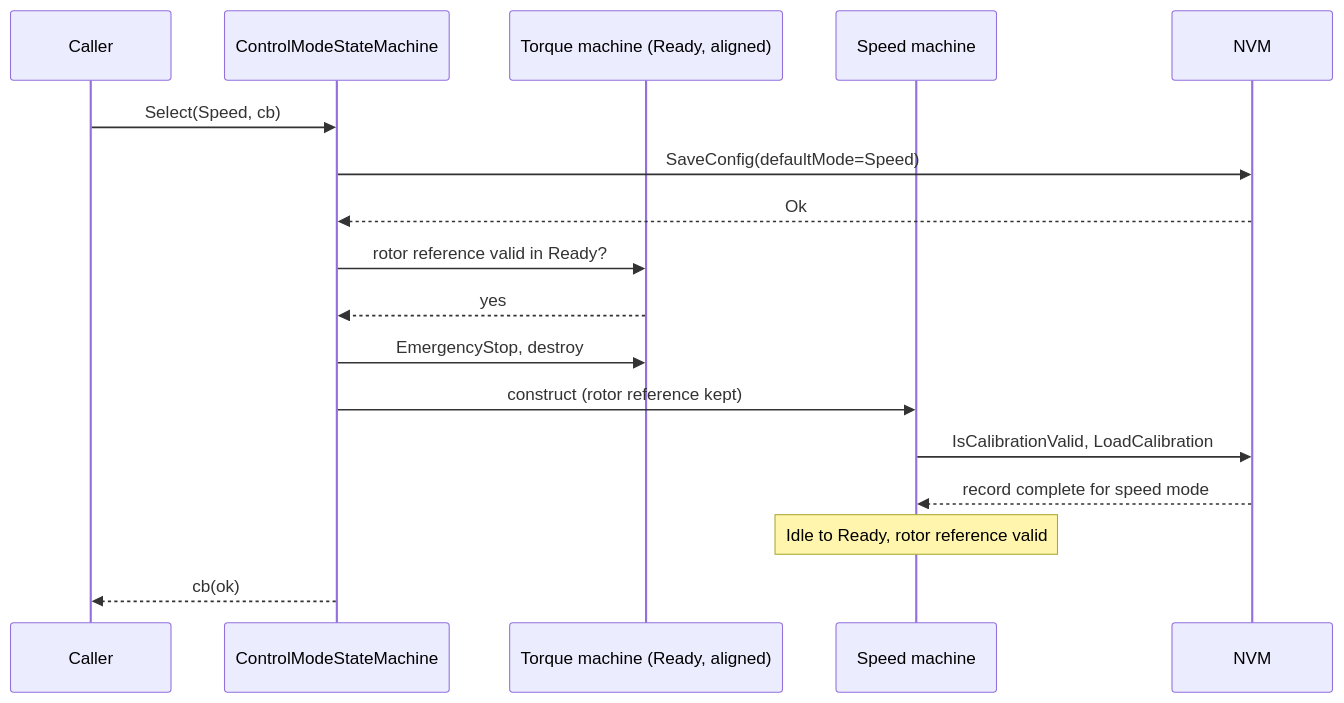
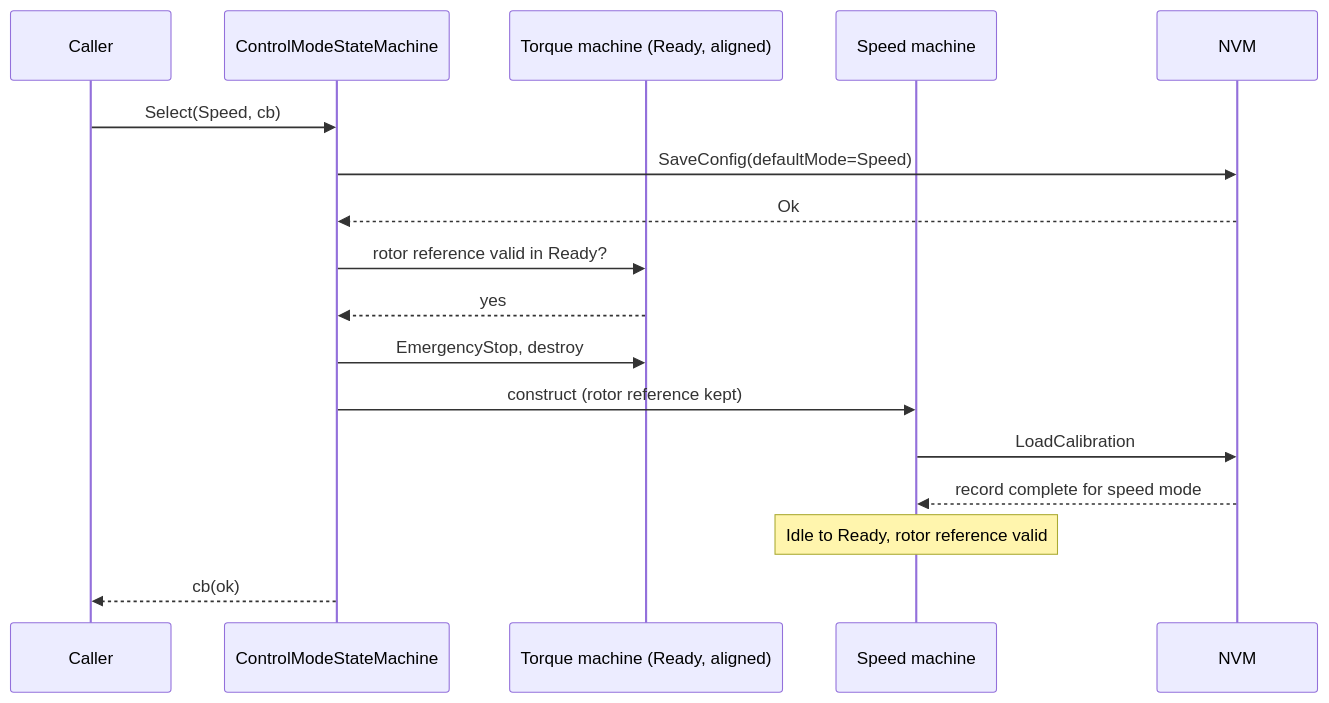
Before and after one commit to embedded-pro/e-foc: diagram 12 of 12 in documentation/design/state-machine.md, drawn with Mermaid. The commit also changed other lines of this file and 41 other files, not shown here.

````diff
--- a/documentation/design/state-machine.md
+++ b/documentation/design/state-machine.md
@@ -1107,20 +1107,20 @@
 ```mermaid
 sequenceDiagram
     participant Caller
     participant CSM as ControlModeStateMachine
     participant Old as Torque machine (Ready, aligned)
     participant New as Speed machine
     participant NVM
 
     Caller->>CSM: Select(Speed, cb)
     CSM->>NVM: SaveConfig(defaultMode=Speed)
     NVM-->>CSM: Ok
     CSM->>Old: rotor reference valid in Ready?
     Old-->>CSM: yes
     CSM->>Old: EmergencyStop, destroy
     CSM->>New: construct (rotor reference kept)
-    New->>NVM: IsCalibrationValid, LoadCalibration
+    New->>NVM: LoadCalibration
     NVM-->>New: record complete for speed mode
     note over New: Idle to Ready, rotor reference valid
     CSM-->>Caller: cb(ok)
 ```
````
